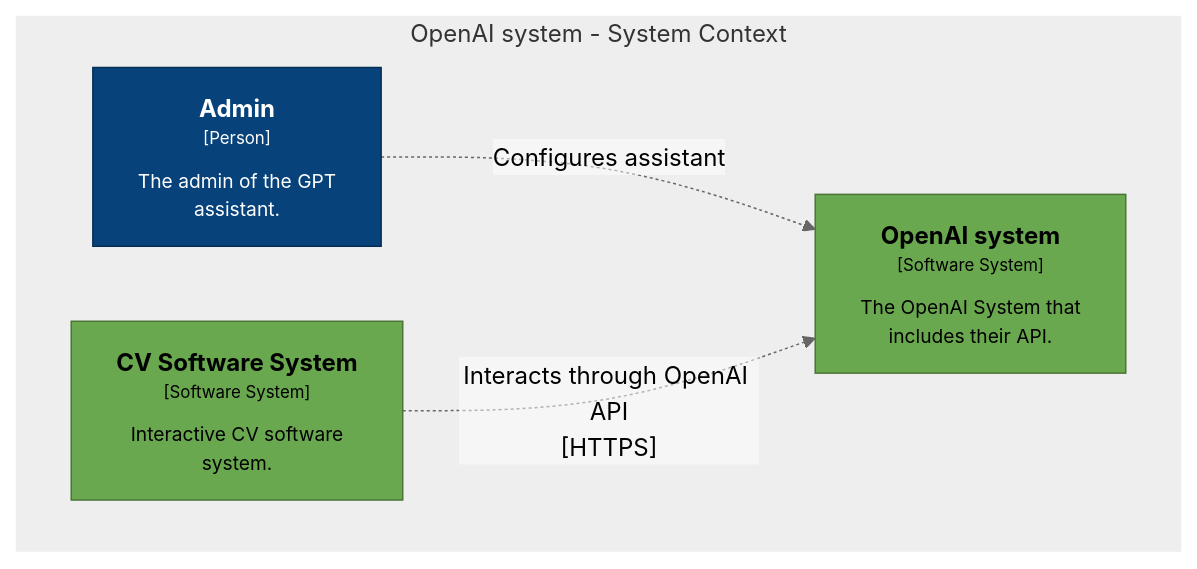
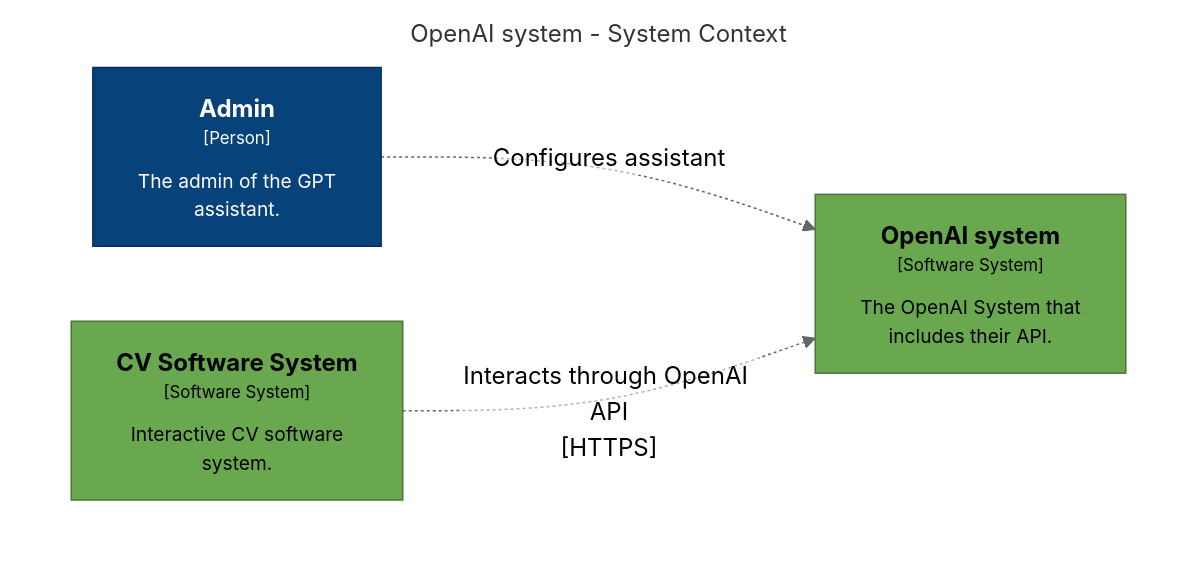
One commit to alexknips/nextjs-cv changed the second of 3 diagrams in README.md. Above: the diagram before and after it, drawn with Mermaid (neutral theme).

````diff
--- a/README.md
+++ b/README.md
@@ -37,18 +37,18 @@
 ```mermaid
 graph TB
-  linkStyle default fill:#eeeeee
+  linkStyle default fill:#ffffff
 
   subgraph diagram ["OpenAI system - System Context"]
-    style diagram fill:#eeeeee,stroke:#ffffff
+    style diagram fill:#ffffff,stroke:#ffffff
 
     1["<div style='font-weight: bold'>Admin</div><div style='font-size: 70%; margin-top: 0px'>[Person]</div><div style='font-size: 80%; margin-top:10px'>The admin of the GPT<br />assistant.</div>"]
     style 1 fill:#08427b,stroke:#052e56,color:#ffffff
     3["<div style='font-weight: bold'>OpenAI system</div><div style='font-size: 70%; margin-top: 0px'>[Software System]</div><div style='font-size: 80%; margin-top:10px'>The OpenAI System that<br />includes their API.</div>"]
     style 3 fill:#6aa84f,stroke:#4a7537,color:#000000
     4["<div style='font-weight: bold'>CV Software System</div><div style='font-size: 70%; margin-top: 0px'>[Software System]</div><div style='font-size: 80%; margin-top:10px'>Interactive CV software<br />system.</div>"]
     style 4 fill:#6aa84f,stroke:#4a7537,color:#000000
 
     1-. "<div>Configures assistant</div><div style='font-size: 70%'></div>" .->3
     4-. "<div>Interacts through OpenAI API<br />[HTTPS]</div><div style='font-size: 70%'></div>" .->3
   end
 ```
````
